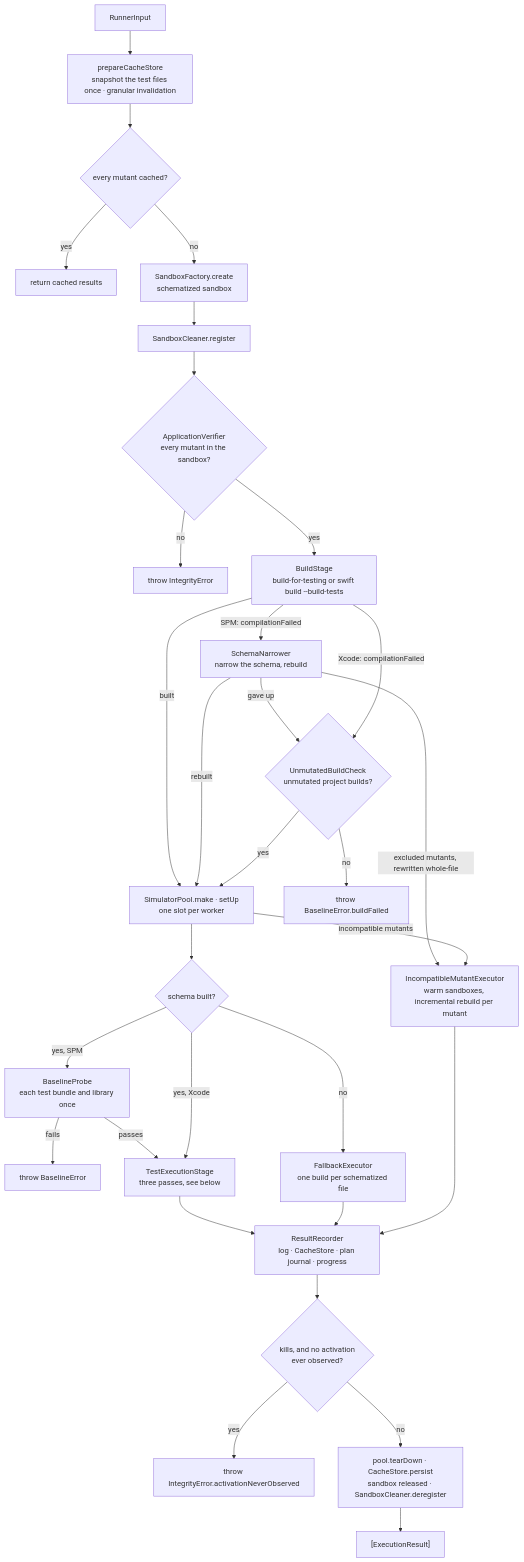
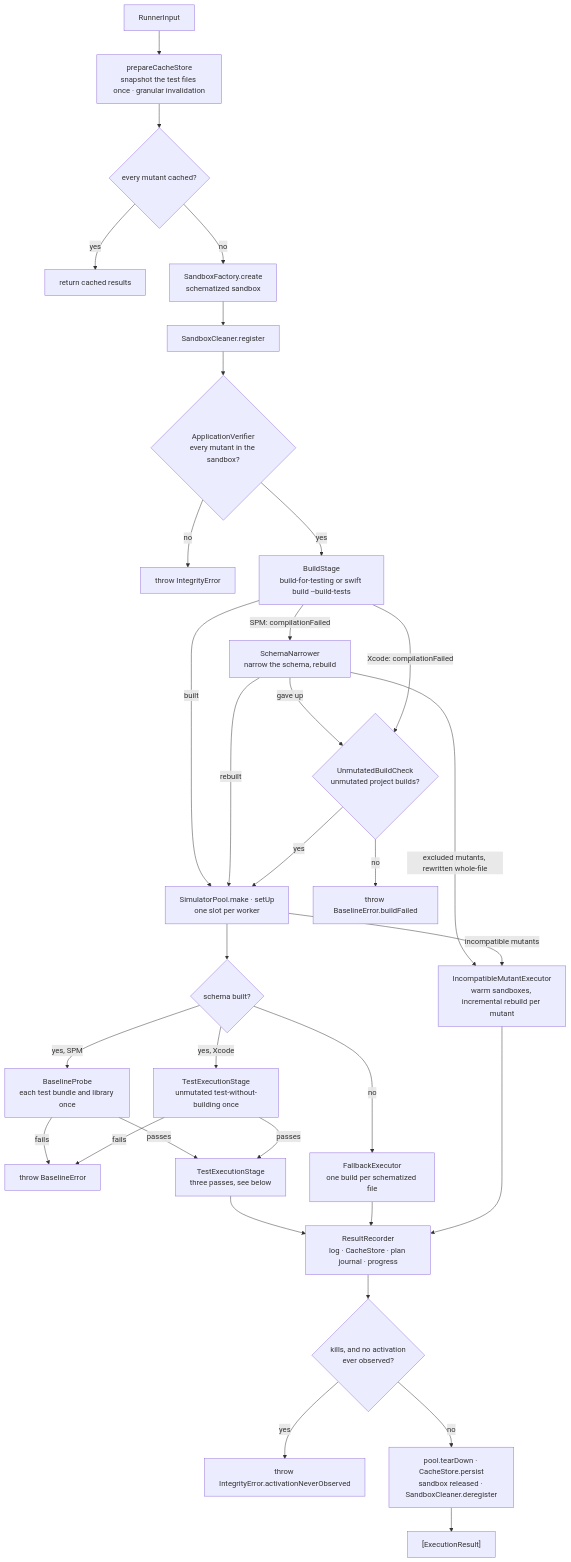
The first of 6 diagrams in Docs/Architecture/03-execution.md (ericodx/swift-mutation-testing), drawn with Mermaid before and after one commit. The commit also changed other lines of this file and 2 other files, not shown here.

Commit message:
docs: describe the Xcode baseline run and the failing suite ending any run with 1

````diff
--- a/Docs/Architecture/03-execution.md
+++ b/Docs/Architecture/03-execution.md
@@ -11,33 +11,35 @@
 ```mermaid
 flowchart TD
     IN[RunnerInput] --> PREP["prepareCacheStore\nsnapshot the test files once · granular invalidation"]
     PREP --> ALLCACHED{every mutant cached?}
     ALLCACHED -- yes --> RETURN[return cached results]
     ALLCACHED -- no --> SF["SandboxFactory.create\nschematized sandbox"]
     SF --> REG[SandboxCleaner.register]
     REG --> VERIFY{"ApplicationVerifier\nevery mutant in the sandbox?"}
     VERIFY -- no --> INTEGRITY[throw IntegrityError]
     VERIFY -- yes --> BS["BuildStage\nbuild-for-testing or swift build --build-tests"]
     BS -- "SPM: compilationFailed" --> NARROW["SchemaNarrower\nnarrow the schema, rebuild"]
     BS -- built --> POOL
     NARROW -- rebuilt --> POOL
     NARROW -- "gave up" --> CLEAN{"UnmutatedBuildCheck\nunmutated project builds?"}
     BS -- "Xcode: compilationFailed" --> CLEAN
     CLEAN -- yes --> POOL
     CLEAN -- no --> ABORTU["throw BaselineError.buildFailed"]
     POOL["SimulatorPool.make · setUp\none slot per worker"] --> ART{schema built?}
     ART -- "yes, SPM" --> PROBE["BaselineProbe\neach test bundle and library once"]
     PROBE -- fails --> ABORT[throw BaselineError]
     PROBE -- passes --> TES["TestExecutionStage\nthree passes, see below"]
-    ART -- "yes, Xcode" --> TES
+    ART -- "yes, Xcode" --> XBASE["TestExecutionStage\nunmutated test-without-building once"]
+    XBASE -- fails --> ABORT
+    XBASE -- passes --> TES
     ART -- no --> FBP["FallbackExecutor\none build per schematized file"]
     NARROW -- "excluded mutants, rewritten whole-file" --> IME
     POOL -- incompatible mutants --> IME["IncompatibleMutantExecutor\nwarm sandboxes, incremental rebuild per mutant"]
     TES --> REC["ResultRecorder\nlog · CacheStore · plan journal · progress"]
     FBP --> REC
     IME --> REC
     REC --> OBS{"kills, and no activation\never observed?"}
     OBS -- yes --> NEVER["throw IntegrityError.activationNeverObserved"]
     OBS -- no --> DOWN["pool.tearDown · CacheStore.persist\nsandbox released · SandboxCleaner.deregister"]
     DOWN --> OUT["[ExecutionResult]"]
 ```
````
